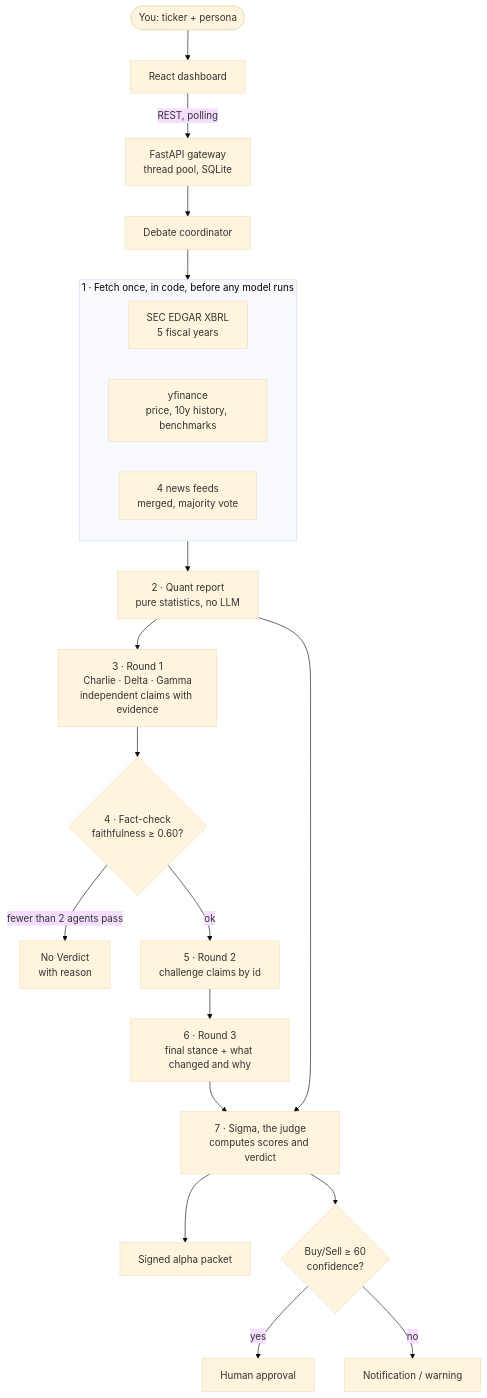
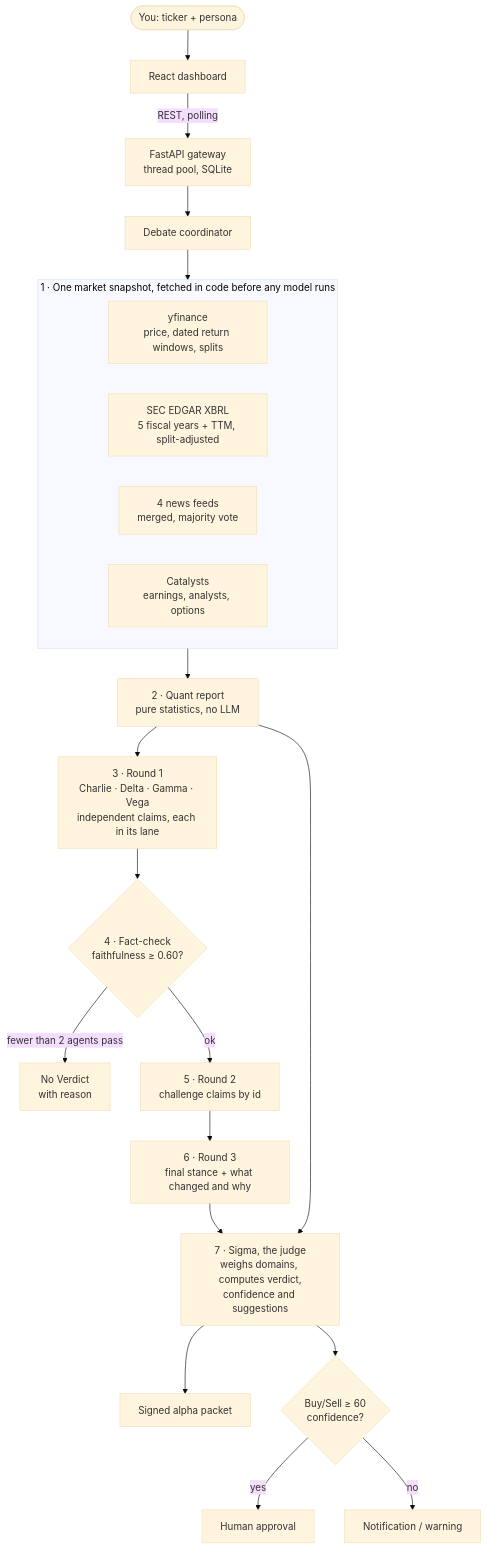
Before and after one commit to Shubham0D4/Kai-The-Smart-Investor: the diagram in README.md, drawn with Mermaid (base theme). The commit also changed other lines of this file and 97 other files, not shown here.

First line of the commit message:
Phase 7: Hold confidence, playbook, fourth agent (Vega), live tests

````diff
--- a/README.md
+++ b/README.md
@@ -46,26 +46,27 @@
 ```mermaid
 flowchart TD
     U([You: ticker + persona]) --> UI[React dashboard]
     UI -->|REST, polling| GW[FastAPI gateway<br/>thread pool, SQLite]
     GW --> CO[Debate coordinator]
 
-    subgraph FETCH["1 · Fetch once, in code, before any model runs"]
-      SEC[SEC EDGAR XBRL<br/>5 fiscal years]
-      MKT[yfinance<br/>price, 10y history, benchmarks]
+    subgraph FETCH["1 · One market snapshot, fetched in code before any model runs"]
+      MKT[yfinance<br/>price, dated return windows, splits]
+      SEC[SEC EDGAR XBRL<br/>5 fiscal years + TTM, split-adjusted]
       NEWS[4 news feeds<br/>merged, majority vote]
+      CAT[Catalysts<br/>earnings, analysts, options]
     end
     CO --> FETCH
     FETCH --> Q[2 · Quant report<br/>pure statistics, no LLM]
 
-    Q --> R1[3 · Round 1<br/>Charlie · Delta · Gamma<br/>independent claims with evidence]
+    Q --> R1[3 · Round 1<br/>Charlie · Delta · Gamma · Vega<br/>independent claims, each in its lane]
     R1 --> CB{4 · Fact-check<br/>faithfulness ≥ 0.60?}
     CB -->|fewer than 2 agents pass| NV[No Verdict<br/>with reason]
     CB -->|ok| R2[5 · Round 2<br/>challenge claims by id]
     R2 --> R3[6 · Round 3<br/>final stance + what changed and why]
-    R3 --> S[7 · Sigma, the judge<br/>computes scores and verdict]
+    R3 --> S[7 · Sigma, the judge<br/>weighs domains, computes verdict,<br/>confidence and suggestions]
     Q --> S
     S --> AP[Signed alpha packet]
     S --> H{Buy/Sell ≥ 60<br/>confidence?}
     H -->|yes| A[Human approval]
     H -->|no| N[Notification / warning]
 ```
````
